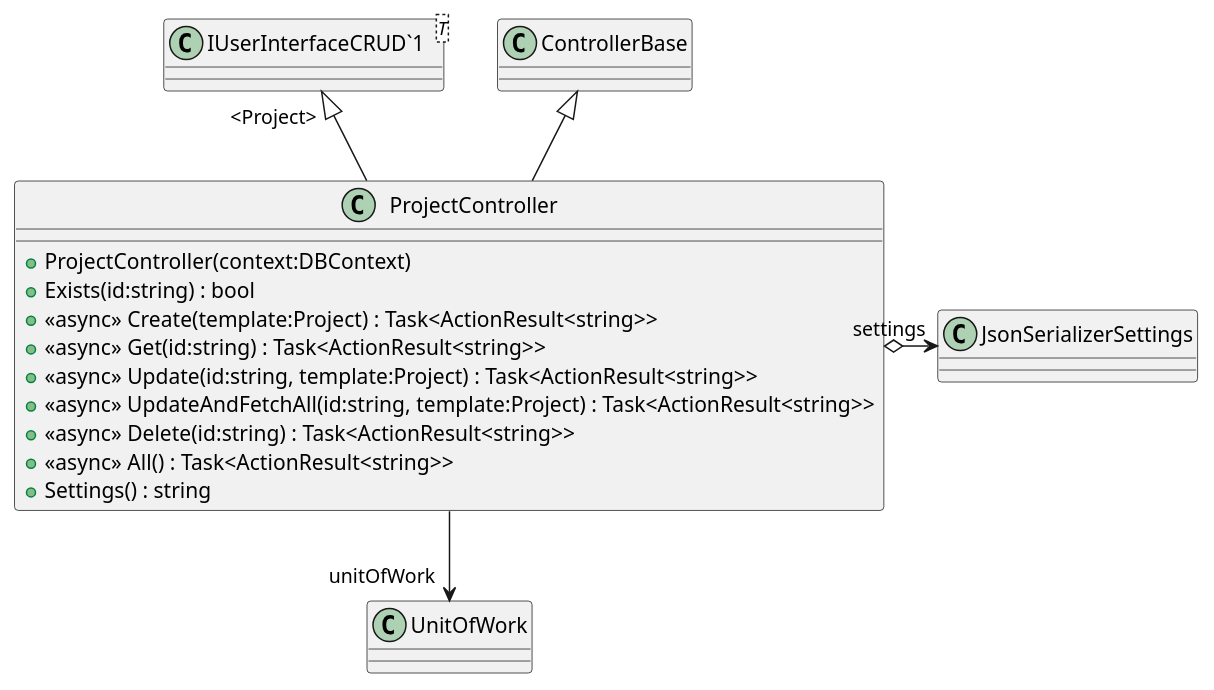
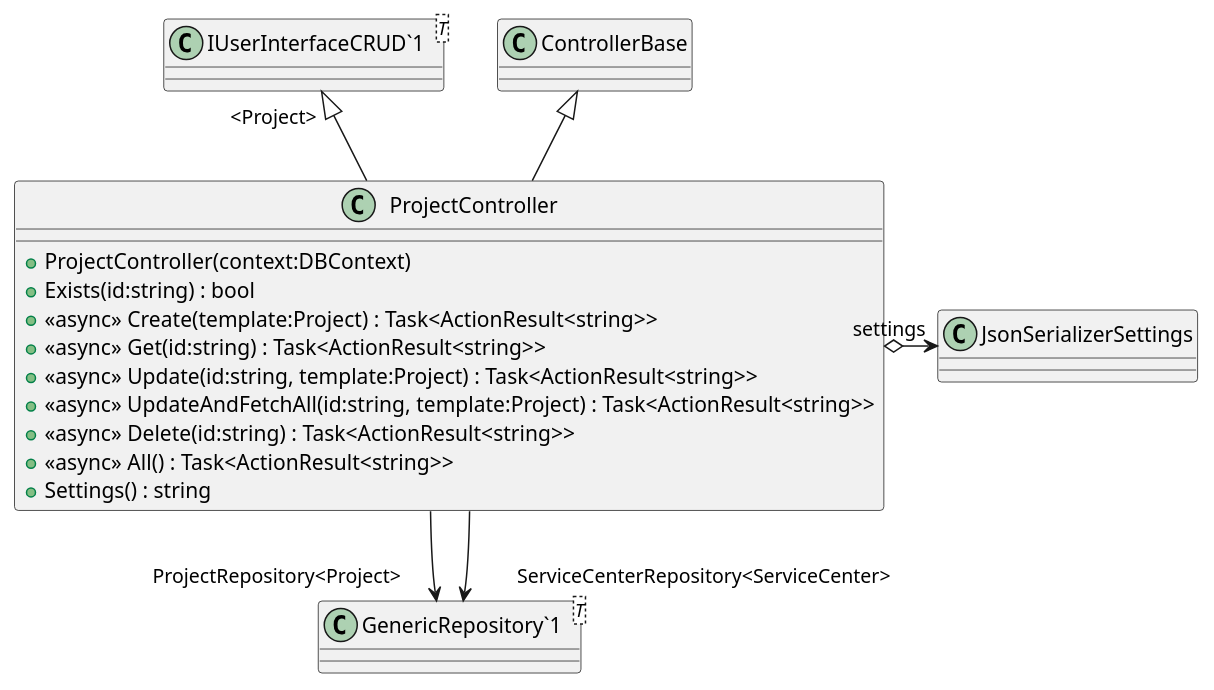
Before and after one commit to timothxy/ICT2106_P3_Project: the diagram in YouthActionDotNet/uml/Controllers/ProjectController.puml, drawn with PlantUML. The commit also changed 18 other files, not shown here.

```diff
--- a/YouthActionDotNet/uml/Controllers/ProjectController.puml
+++ b/YouthActionDotNet/uml/Controllers/ProjectController.puml
@@ -1,19 +1,22 @@
 @startuml
 class ProjectController {
     + ProjectController(context:DBContext)
     + Exists(id:string) : bool
     + <<async>> Create(template:Project) : Task<ActionResult<string>>
     + <<async>> Get(id:string) : Task<ActionResult<string>>
     + <<async>> Update(id:string, template:Project) : Task<ActionResult<string>>
     + <<async>> UpdateAndFetchAll(id:string, template:Project) : Task<ActionResult<string>>
     + <<async>> Delete(id:string) : Task<ActionResult<string>>
     + <<async>> All() : Task<ActionResult<string>>
     + Settings() : string
 }
 class "IUserInterfaceCRUD`1"<T> {
 }
+class "GenericRepository`1"<T> {
+}
 ControllerBase <|-- ProjectController
 "IUserInterfaceCRUD`1" "<Project>" <|-- ProjectController
-ProjectController --> "unitOfWork" UnitOfWork
+ProjectController --> "ProjectRepository<Project>" "GenericRepository`1"
+ProjectController --> "ServiceCenterRepository<ServiceCenter>" "GenericRepository`1"
 ProjectController o-> "settings" JsonSerializerSettings
 @enduml
```
